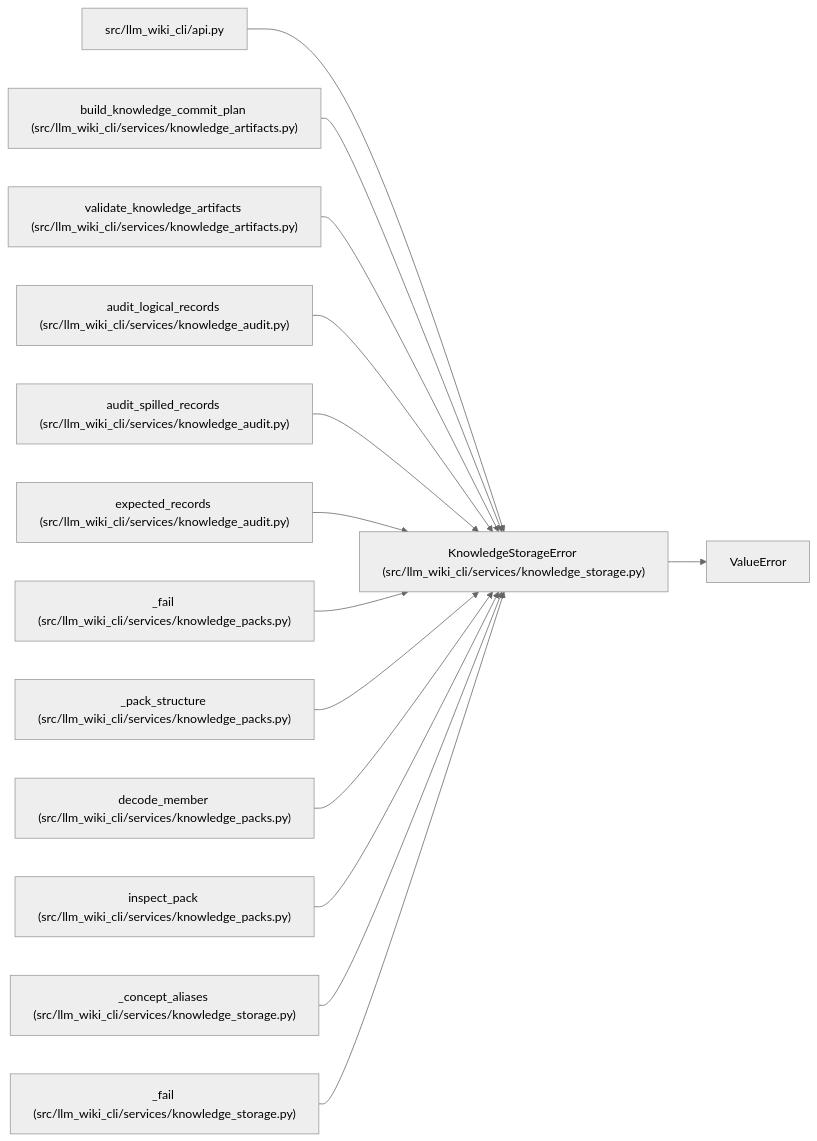
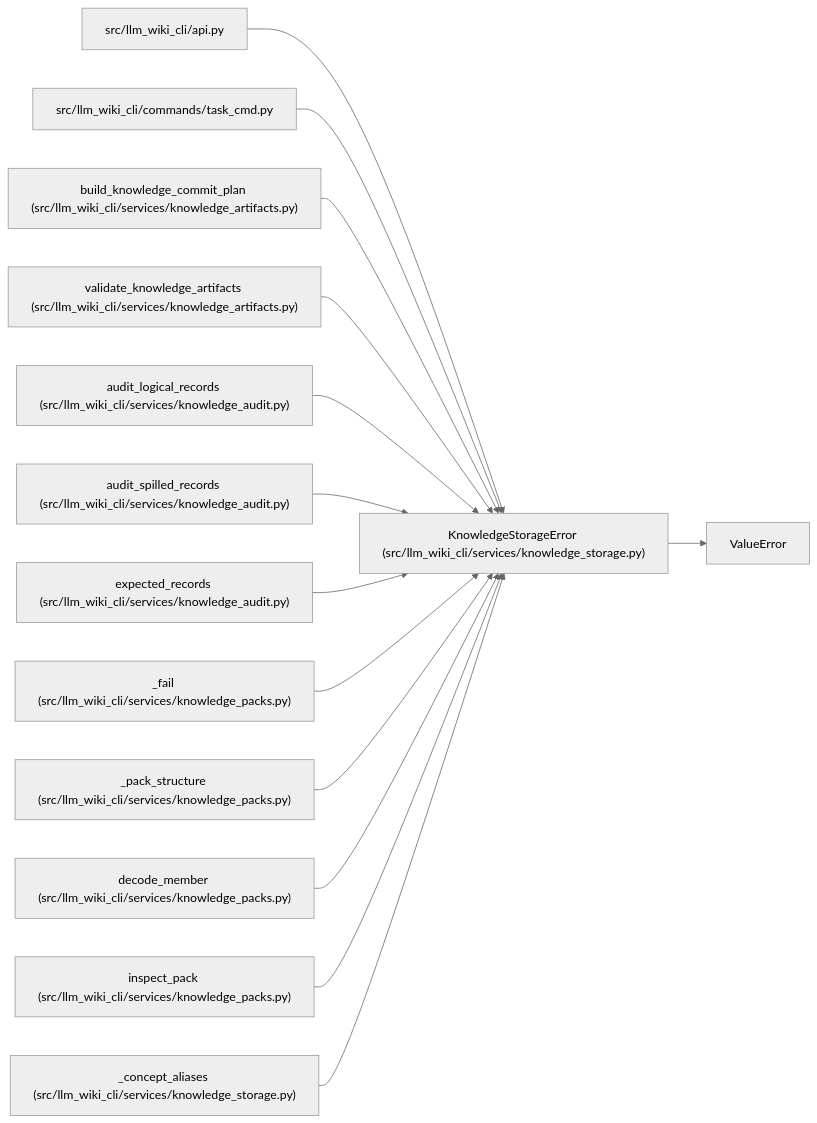
One commit to Denissvgn/python-wiki-llm changed the diagram in docs/llm_wiki/entities/KnowledgeStorageError.md. Above: the diagram before and after it, drawn with Mermaid (neutral theme). The commit also changed other lines of this file and 1410 other files, not shown here.

First line of the commit message:
Add source-grounded task guides and re-anchor the maintained wiki

````diff
--- a/docs/llm_wiki/entities/KnowledgeStorageError.md
+++ b/docs/llm_wiki/entities/KnowledgeStorageError.md
@@ -25,43 +25,43 @@
 ```mermaid
 flowchart LR
     n0["KnowledgeStorageError (src/llm_wiki_cli/services/knowledge_storage.py)"]
     n1["ValueError"]
     n2["src/llm_wiki_cli/api.py"]
-    n3["build_knowledge_commit_plan (src/llm_wiki_cli/services/knowledge_artifacts.py)"]
-    n4["validate_knowledge_artifacts (src/llm_wiki_cli/services/knowledge_artifacts.py)"]
-    n5["audit_logical_records (src/llm_wiki_cli/services/knowledge_audit.py)"]
-    n6["audit_spilled_records (src/llm_wiki_cli/services/knowledge_audit.py)"]
-    n7["expected_records (src/llm_wiki_cli/services/knowledge_audit.py)"]
-    n8["_fail (src/llm_wiki_cli/services/knowledge_packs.py)"]
-    n9["_pack_structure (src/llm_wiki_cli/services/knowledge_packs.py)"]
-    n10["decode_member (src/llm_wiki_cli/services/knowledge_packs.py)"]
-    n11["inspect_pack (src/llm_wiki_cli/services/knowledge_packs.py)"]
-    n12["_concept_aliases (src/llm_wiki_cli/services/knowledge_storage.py)"]
-    n13["_fail (src/llm_wiki_cli/services/knowledge_storage.py)"]
+    n3["src/llm_wiki_cli/commands/task_cmd.py"]
+    n4["build_knowledge_commit_plan (src/llm_wiki_cli/services/knowledge_artifacts.py)"]
+    n5["validate_knowledge_artifacts (src/llm_wiki_cli/services/knowledge_artifacts.py)"]
+    n6["audit_logical_records (src/llm_wiki_cli/services/knowledge_audit.py)"]
+    n7["audit_spilled_records (src/llm_wiki_cli/services/knowledge_audit.py)"]
+    n8["expected_records (src/llm_wiki_cli/services/knowledge_audit.py)"]
+    n9["_fail (src/llm_wiki_cli/services/knowledge_packs.py)"]
+    n10["_pack_structure (src/llm_wiki_cli/services/knowledge_packs.py)"]
+    n11["decode_member (src/llm_wiki_cli/services/knowledge_packs.py)"]
+    n12["inspect_pack (src/llm_wiki_cli/services/knowledge_packs.py)"]
+    n13["_concept_aliases (src/llm_wiki_cli/services/knowledge_storage.py)"]
     n0 --> n1
     n2 --> n0
     n3 --> n0
     n4 --> n0
     n5 --> n0
     n6 --> n0
     n7 --> n0
     n8 --> n0
     n9 --> n0
     n10 --> n0
     n11 --> n0
     n12 --> n0
     n13 --> n0
     click n0 "../modules/knowledge_storage.md"
     click n2 "../modules/api.md"
-    click n3 "../modules/knowledge_artifacts.md"
+    click n3 "../modules/task_cmd.md"
     click n4 "../modules/knowledge_artifacts.md"
-    click n5 "../modules/knowledge_audit.md"
+    click n5 "../modules/knowledge_artifacts.md"
     click n6 "../modules/knowledge_audit.md"
     click n7 "../modules/knowledge_audit.md"
-    click n8 "../modules/knowledge_packs.md"
+    click n8 "../modules/knowledge_audit.md"
     click n9 "../modules/knowledge_packs.md"
     click n10 "../modules/knowledge_packs.md"
     click n11 "../modules/knowledge_packs.md"
-    click n12 "../modules/knowledge_storage.md"
+    click n12 "../modules/knowledge_packs.md"
     click n13 "../modules/knowledge_storage.md"
 ```
````
